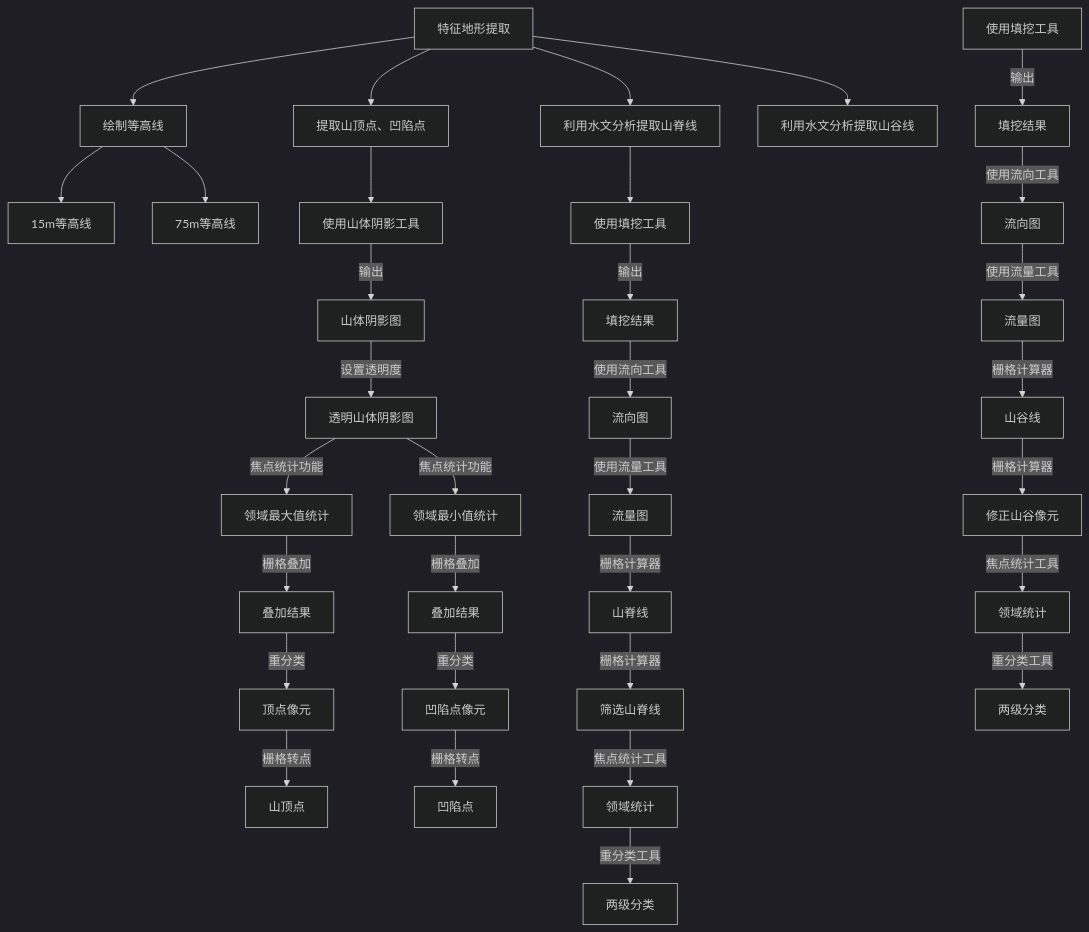
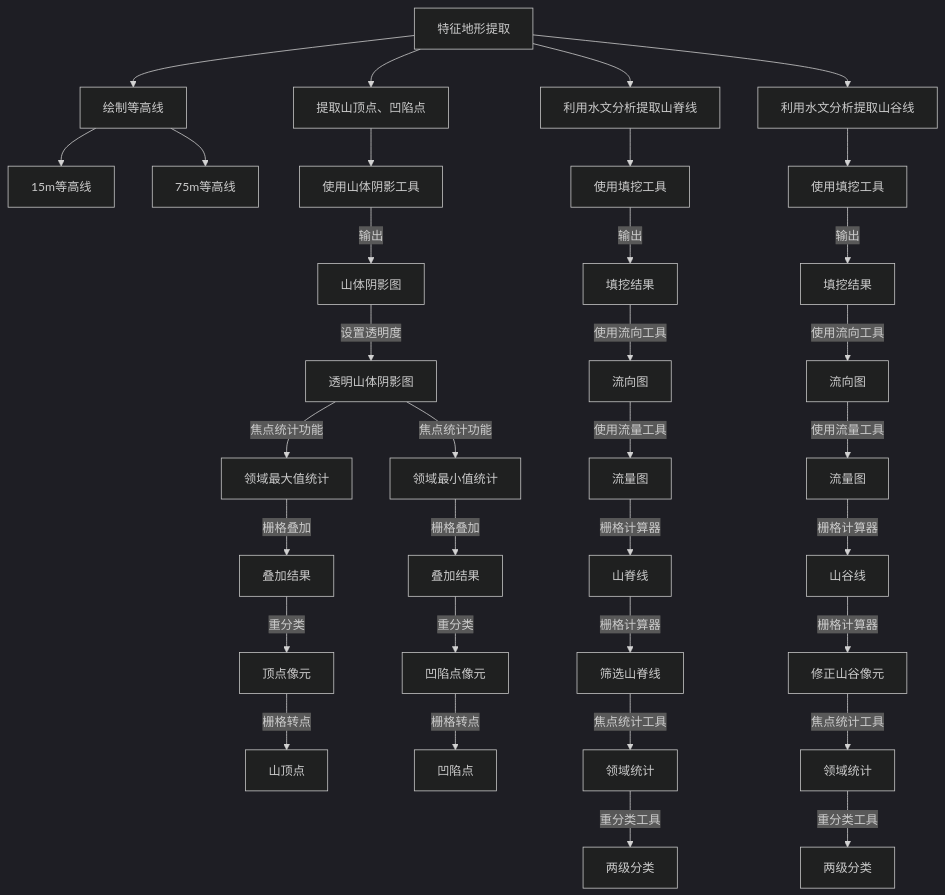
One commit to newguser/iodraw-files changed the diagram in all/未命名-2.md. Above: the diagram before and after it, drawn with Mermaid (dark theme).

Commit message:
2025-02-28 08:56:37 update

````diff
--- a/all/未命名-2.md
+++ b/all/未命名-2.md
@@ -1,36 +1,36 @@
 ```mermaid
 graph TD
     A[特征地形提取] --> B[绘制等高线]
    A --> C[提取山顶点、凹陷点]
     A --> D[利用水文分析提取山脊线]
     A --> E[利用水文分析提取山谷线]
     B[绘制等高线]--> B1[15m等高线]
     B[绘制等高线]--> B2[75m等高线]
     C[提取山顶点、凹陷点]-->C1[使用山体阴影工具]
     D[利用水文分析提取山脊线]-->D1[使用填挖工具]
-    E[利用水文分析提取山谷线]
+    E[利用水文分析提取山谷线]-->E1[使用填挖工具]
      C1[使用山体阴影工具] -->|输出| C2[山体阴影图]
         C2 -->|设置透明度| C3[透明山体阴影图]
         C3 -->|焦点统计功能| C4[领域最大值统计]
         C4 -->|栅格叠加| C5[叠加结果]
         C5 -->|重分类| C6[顶点像元]
         C6 -->|栅格转点| C7[山顶点]
         C3 -->|焦点统计功能| C8[领域最小值统计]
         C8 -->|栅格叠加| C9[叠加结果]
         C9 -->|重分类| C10[凹陷点像元]
         C10 -->|栅格转点| C11[凹陷点]
          D1[使用填挖工具] -->|输出| D2[填挖结果]
         D2 -->|使用流向工具| D3[流向图]
         D3 -->|使用流量工具| D4[流量图]
         D4 -->|栅格计算器| D5[山脊线]
         D5 -->|栅格计算器| D6[筛选山脊线]
         D6 -->|焦点统计工具| D7[领域统计]
         D7 -->|重分类工具| D8[两级分类]
         E1[使用填挖工具] -->|输出| E2[填挖结果]
         E2 -->|使用流向工具| E3[流向图]
         E3 -->|使用流量工具| E4[流量图]
         E4 -->|栅格计算器| E5[山谷线]
         E5 -->|栅格计算器| E6[修正山谷像元]
         E6 -->|焦点统计工具| E7[领域统计]
         E7 -->|重分类工具| E8[两级分类]
 ```
````
